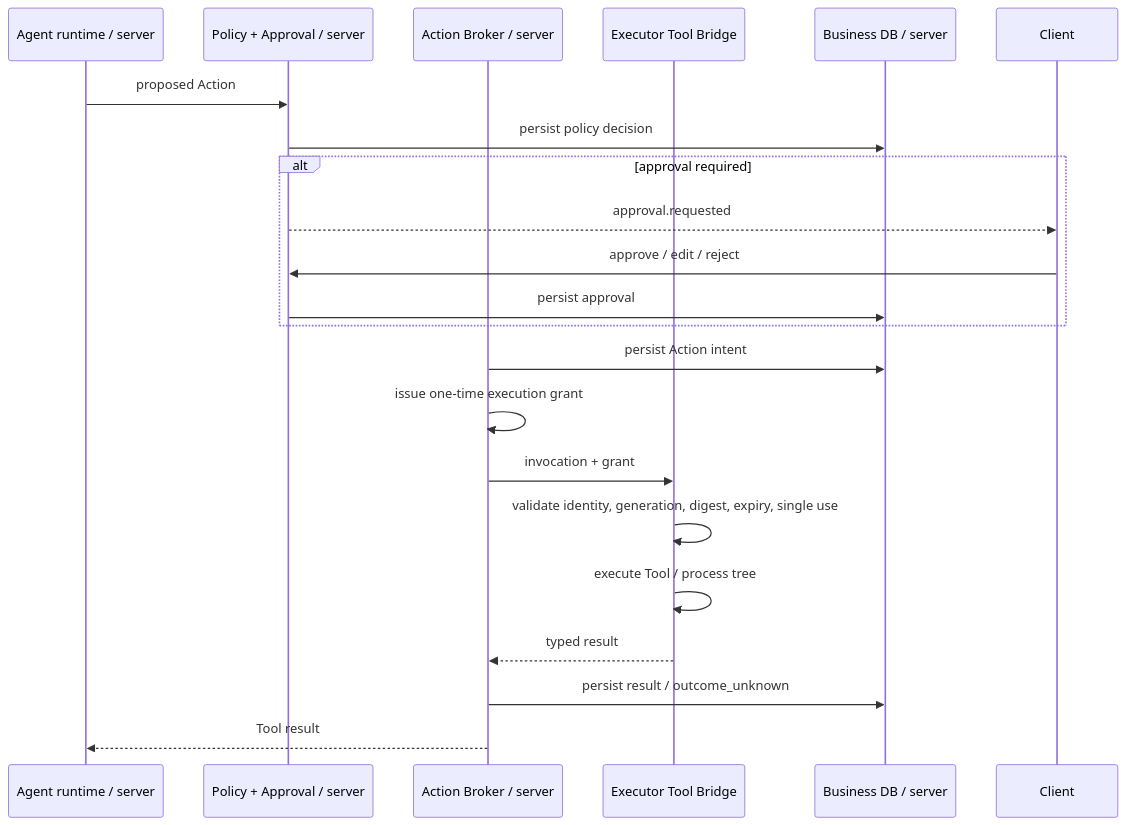
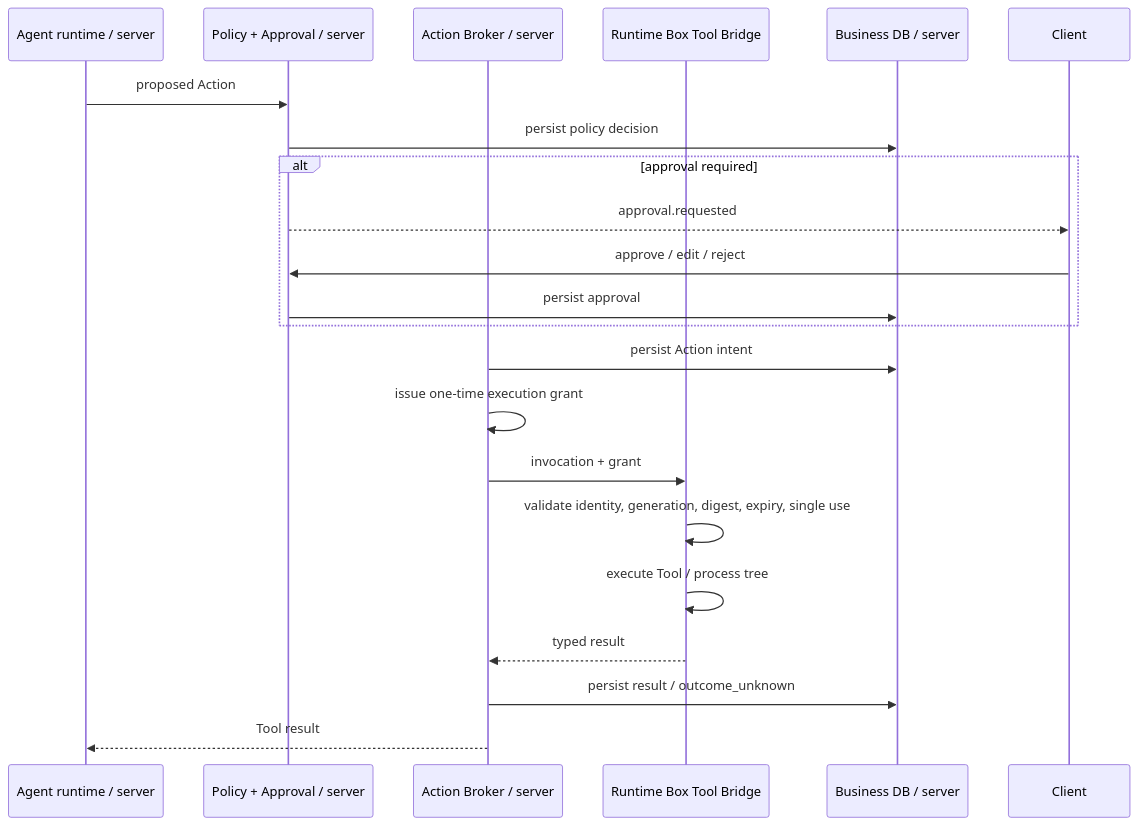
One commit to weivea/moshu changed the second of 2 diagrams in docs/implementation/architecture.md. Above: the diagram before and after it, drawn with Mermaid. The commit also changed other lines of this file and 164 other files, not shown here.

````diff
--- a/docs/implementation/architecture.md
+++ b/docs/implementation/architecture.md
@@ -359,25 +365,25 @@
 ```mermaid
 sequenceDiagram
     participant A as Agent runtime / server
     participant P as Policy + Approval / server
     participant B as Action Broker / server
-    participant E as Executor Tool Bridge
+    participant E as Runtime Box Tool Bridge
     participant D as Business DB / server
     participant C as Client
 
     A->>P: proposed Action
     P->>D: persist policy decision
     alt approval required
         P-->>C: approval.requested
         C->>P: approve / edit / reject
         P->>D: persist approval
     end
     B->>D: persist Action intent
     B->>B: issue one-time execution grant
     B->>E: invocation + grant
     E->>E: validate identity, generation, digest, expiry, single use
     E->>E: execute Tool / process tree
     E-->>B: typed result
     B->>D: persist result / outcome_unknown
     B-->>A: Tool result
 ```
````
